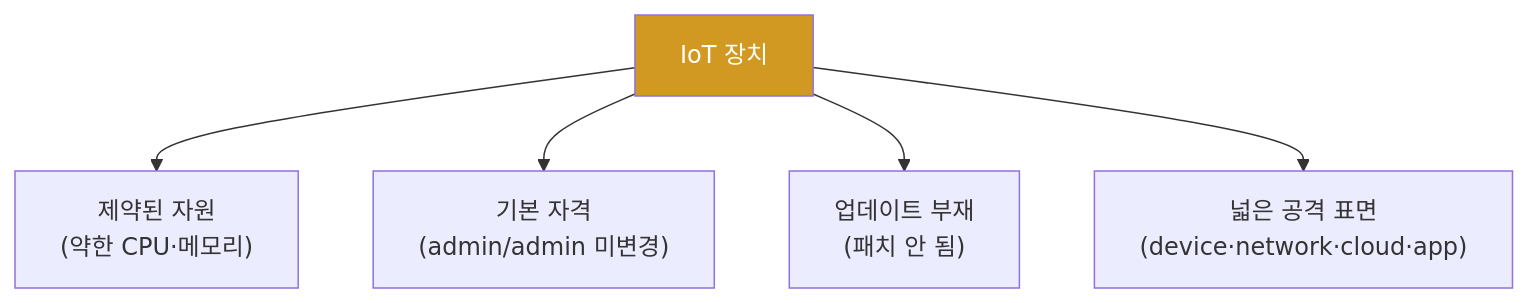
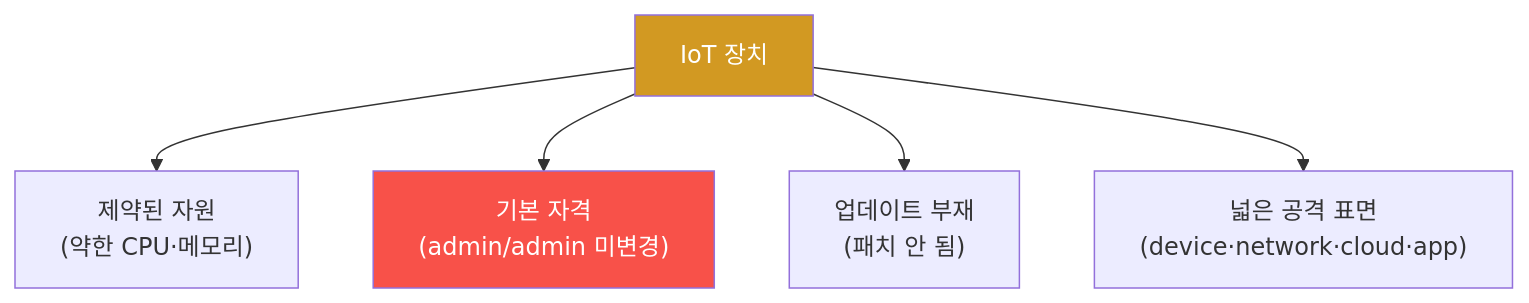
The diagram in contents/training/iot-security/lecture_week01.md (mrgrit/tw2), drawn with Mermaid before and after one commit. The commit also changed other lines of this file, not shown here.

````diff
--- a/contents/training/iot-security/lecture_week01.md
+++ b/contents/training/iot-security/lecture_week01.md
@@ -52,8 +54,9 @@
 ```mermaid
 graph TD
     IOT["IoT 장치"] --> W1["제약된 자원<br/>(약한 CPU·메모리)"]
     IOT --> W2["기본 자격<br/>(admin/admin 미변경)"]
     IOT --> W3["업데이트 부재<br/>(패치 안 됨)"]
     IOT --> W4["넓은 공격 표면<br/>(device·network·cloud·app)"]
     style IOT fill:#d29922,color:#fff
+    style W2 fill:#f85149,color:#fff
 ```
````
